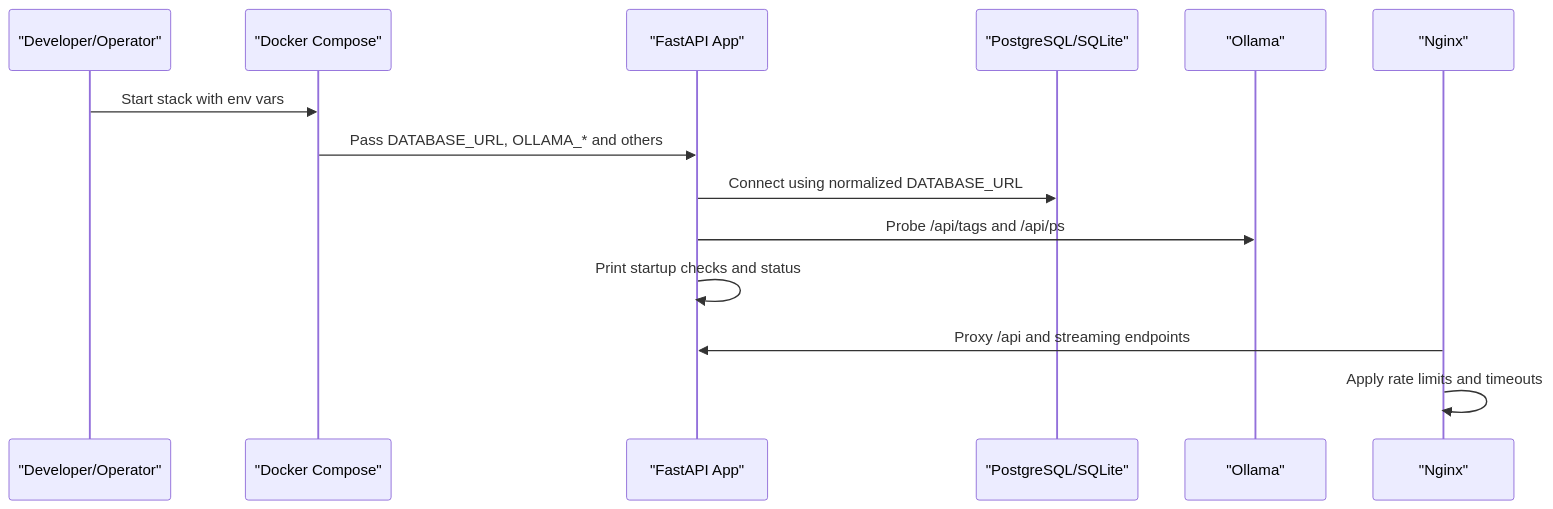
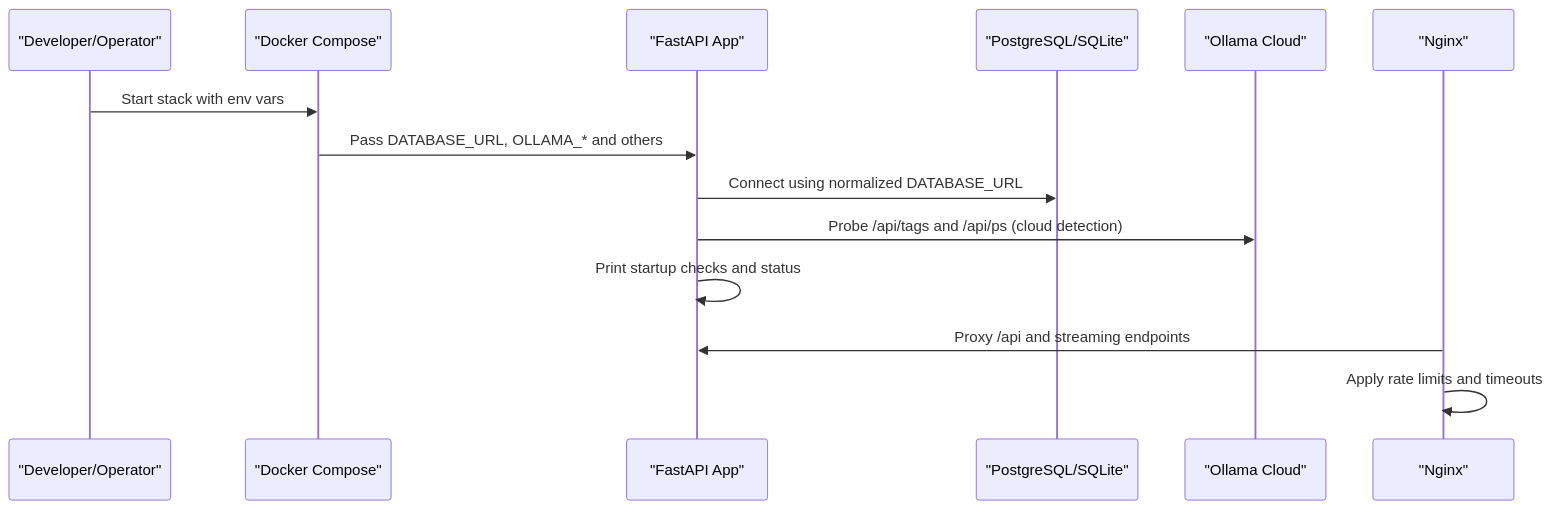
One commit to Revanththetalogics/aireume changed the second of 4 diagrams in .qoder/repowiki/en/content/Configuration Management.md. Above: the diagram before and after it, drawn with Mermaid. The commit also changed other lines of this file and 11 other files, not shown here.

````diff
--- a/.qoder/repowiki/en/content/Configuration Management.md
+++ b/.qoder/repowiki/en/content/Configuration Management.md
@@ -155,16 +168,16 @@
 ```mermaid
 sequenceDiagram
 participant Dev as "Developer/Operator"
 participant Docker as "Docker Compose"
 participant Backend as "FastAPI App"
 participant DB as "PostgreSQL/SQLite"
-participant Ollama as "Ollama"
+participant Ollama as "Ollama Cloud"
 participant Nginx as "Nginx"
 Dev->>Docker : Start stack with env vars
 Docker->>Backend : Pass DATABASE_URL, OLLAMA_* and others
 Backend->>DB : Connect using normalized DATABASE_URL
-Backend->>Ollama : Probe /api/tags and /api/ps
+Backend->>Ollama : Probe /api/tags and /api/ps (cloud detection)
 Backend->>Backend : Print startup checks and status
 Nginx->>Backend : Proxy /api and streaming endpoints
 Nginx->>Nginx : Apply rate limits and timeouts
 ```
````
